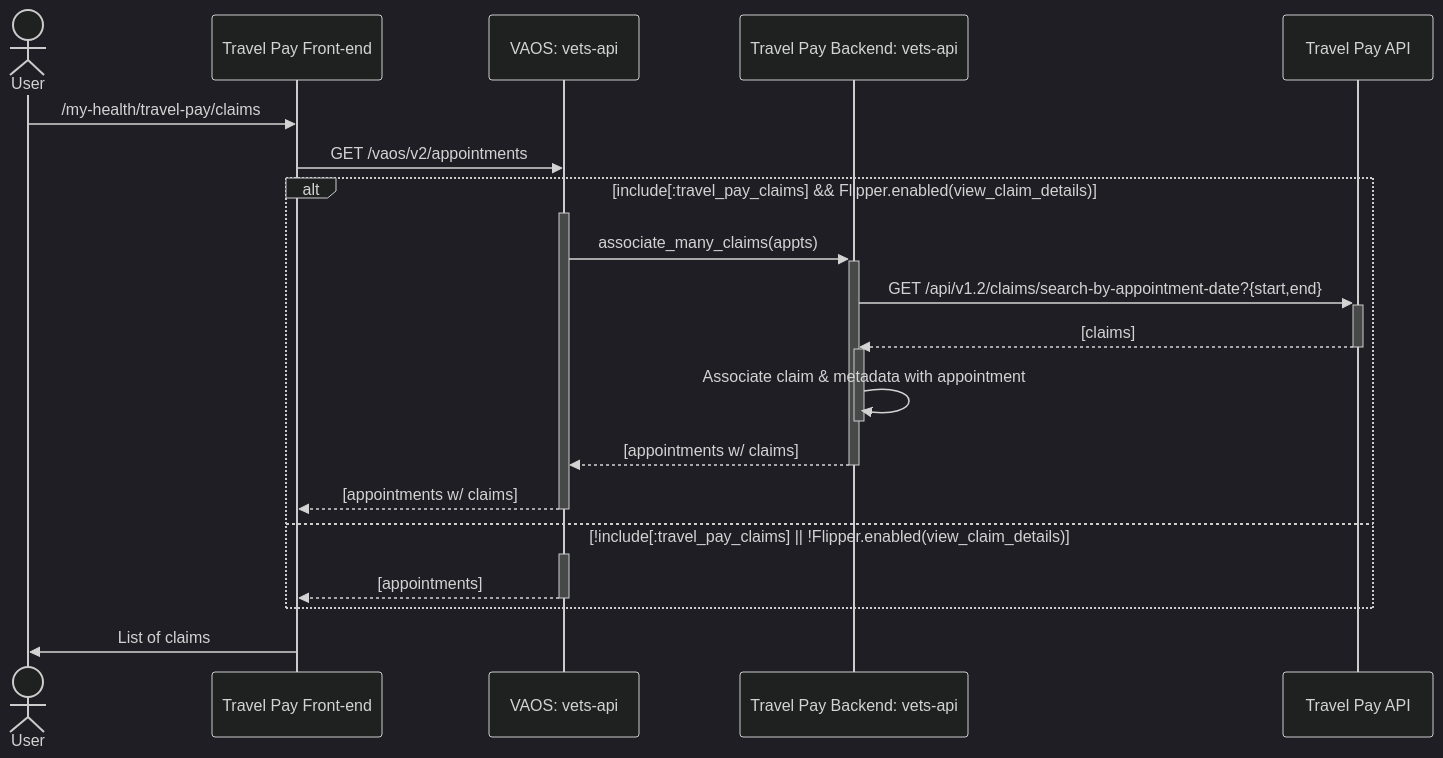
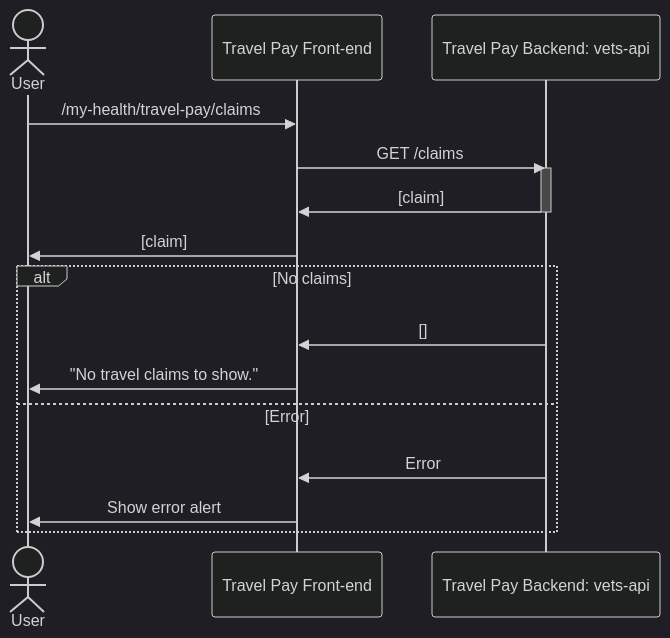
Before and after one commit to department-of-veterans-affairs/va.gov-team: the first of 3 diagrams in products/health-care/beneficiary-travel/engineering/submit-claim/full-sequence-diagram.md, drawn with Mermaid (dark theme). The commit also changed other lines of this file, not shown here.

Commit message:
Simplify status and claim details

````diff
--- a/products/health-care/beneficiary-travel/engineering/submit-claim/full-sequence-diagram.md
+++ b/products/health-care/beneficiary-travel/engineering/submit-claim/full-sequence-diagram.md
@@ -5,32 +5,20 @@
 ```mermaid
 sequenceDiagram
     actor user as User
-    participant appts as Travel Pay Front-end
-    participant vaos as VAOS: vets-api
+    participant tp as Travel Pay Front-end
     participant tpm  as Travel Pay Backend: vets-api
-    participant tpapi as Travel Pay API
 
-    user ->> appts: /my-health/travel-pay/claims
-    appts ->> vaos: GET /vaos/v2/appointments
-
-    alt include[:travel_pay_claims] && Flipper.enabled(view_claim_details)
-      activate vaos
-        vaos ->>+ tpm: associate_many_claims(appts)
-        tpm ->>+ tpapi: GET /api/v1.2/claims/search-by-appointment-date?{start,end}
-        tpapi -->>- tpm: [claims]
-
-        activate tpm
-          tpm ->> tpm: Associate claim & metadata with appointment
-        deactivate tpm
-
-        tpm -->>- vaos: [appointments w/ claims]
-        vaos -->> appts: [appointments w/ claims]
-      deactivate vaos
-    else !include[:travel_pay_claims] || !Flipper.enabled(view_claim_details)
-      activate vaos
-        vaos -->> appts: [appointments]
-      deactivate vaos
+    user->>tp: /my-health/travel-pay/claims
+    tp->>tpm: GET /claims
+    activate tpm
+    tpm->>tp: [claim]
+    deactivate tpm
+    tp->>user: [claim]
+    alt No claims
+        tpm->>tp: []
+        tp->>user: "No travel claims to show."
+    else Error
+        tpm->>tp: Error
+        tp->>user: Show error alert
     end
-
-    appts ->> user: List of claims
 ```
````
